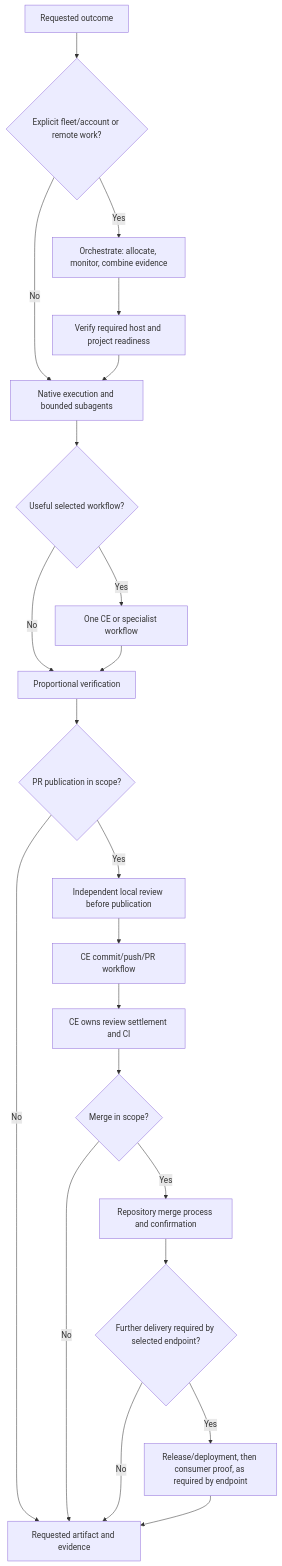
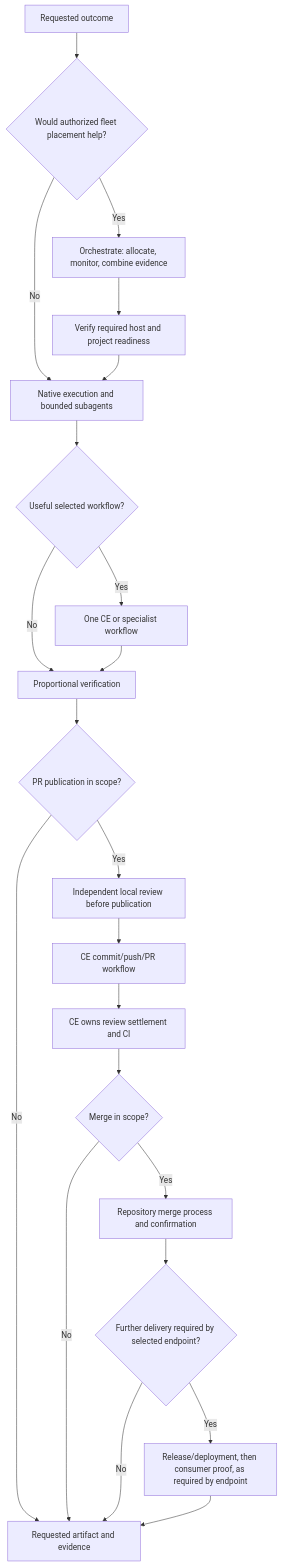
The diagram in docs/delivery-workflows.md (novotnyllc/railyard), drawn with Mermaid before and after one commit. The commit also changed other lines of this file and 23 other files, not shown here.

First line of the commit message:
feat: place eligible delivery stages on the authorized fleet (#95)

````diff
--- a/docs/delivery-workflows.md
+++ b/docs/delivery-workflows.md
@@ -31,24 +31,24 @@
 ```mermaid
 flowchart TD
-    request["Requested outcome"] --> placement{"Explicit fleet/account or remote work?"}
+    request["Requested outcome"] --> placement{"Would authorized fleet placement help?"}
     placement -- No --> local["Native execution and bounded subagents"]
     placement -- Yes --> orchestration["Orchestrate: allocate, monitor, combine evidence"]
     orchestration --> readiness["Verify required host and project readiness"]
     readiness --> local
     local --> workflow{"Useful selected workflow?"}
     workflow -- Yes --> ce["One CE or specialist workflow"]
     workflow -- No --> check["Proportional verification"]
     ce --> check
     check --> publish{"PR publication in scope?"}
     publish -- Yes --> review["Independent local review before publication"]
     review --> pr["CE commit/push/PR workflow"]
     publish -- No --> result["Requested artifact and evidence"]
     pr --> settlement["CE owns review settlement and CI"]
     settlement --> terminal{"Merge in scope?"}
     terminal -- No --> result
     terminal -- Yes --> merged["Repository merge process and confirmation"]
     merged --> tail{"Further delivery required by selected endpoint?"}
     tail -- No --> result
     tail -- Yes --> proof["Release/deployment, then consumer proof, as required by endpoint"]
     proof --> result
 ```
````
